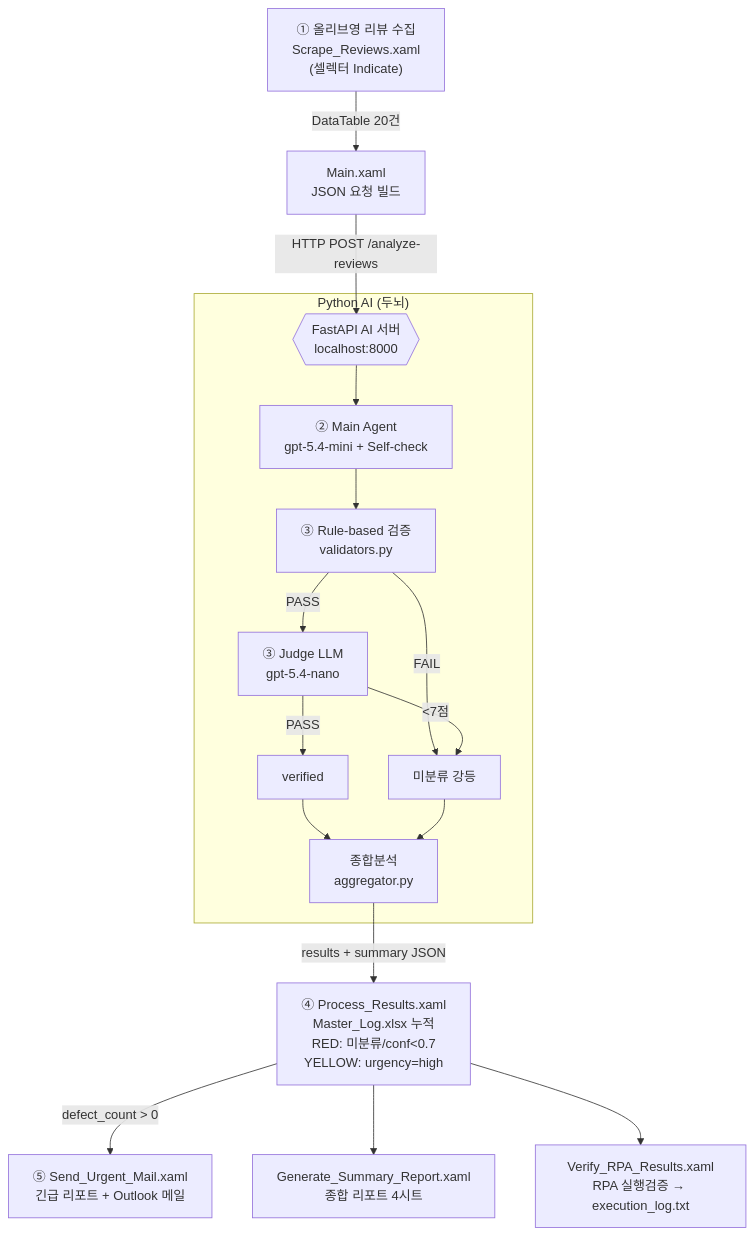
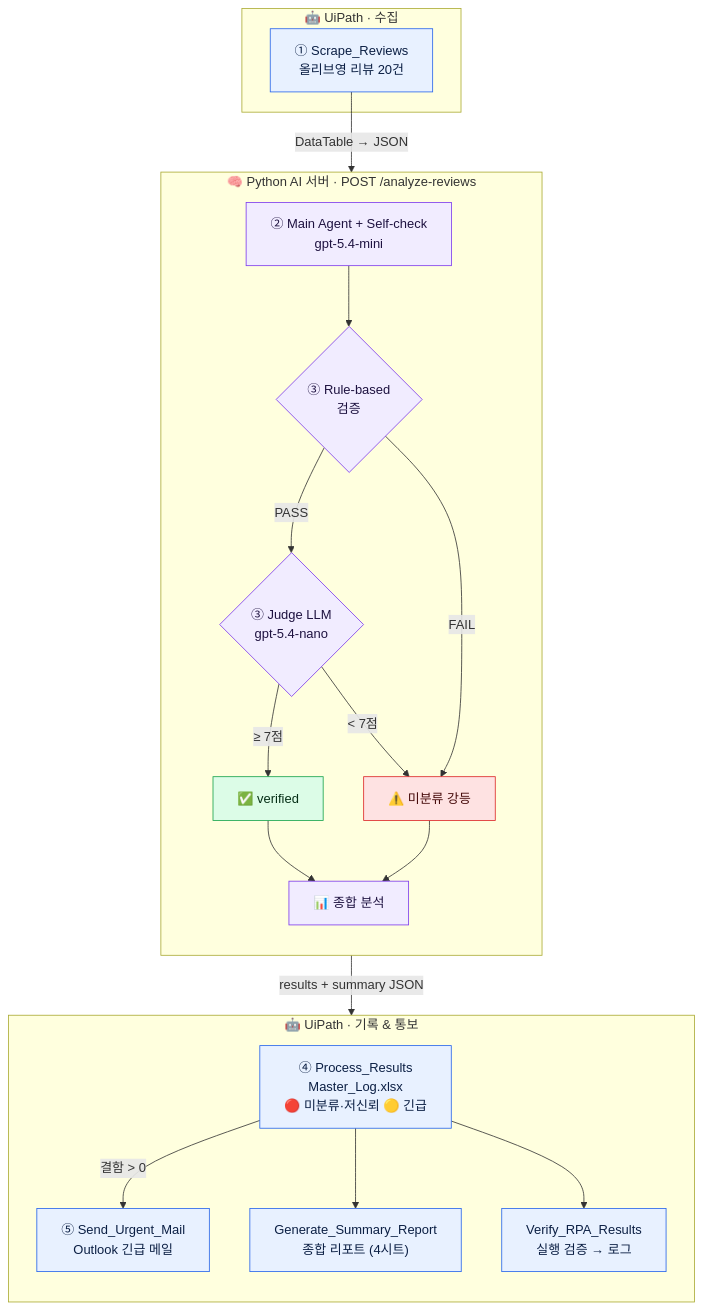
Before and after one commit to ykunjii-creator/shopping-review: the diagram in README.md, drawn with Mermaid. The commit also changed other lines of this file, not shown here.

Commit message:
README 리디자인: 헤더 블록·배지·컬러 워크플로우 다이어그램·가독성 개선

````diff
--- a/README.md
+++ b/README.md
@@ -28,19 +35,46 @@
 ```mermaid
-flowchart TD
-    A["① 올리브영 리뷰 수집<br/>Scrape_Reviews.xaml<br/>(셀렉터 Indicate)"] -->|DataTable 20건| B["Main.xaml<br/>JSON 요청 빌드"]
-    B -->|HTTP POST /analyze-reviews| C{{"FastAPI AI 서버<br/>localhost:8000"}}
-    subgraph PY["Python AI (두뇌)"]
-        C --> D["② Main Agent<br/>gpt-5.4-mini + Self-check"]
-        D --> E["③ Rule-based 검증<br/>validators.py"]
-        E -->|PASS| F["③ Judge LLM<br/>gpt-5.4-nano"]
-        E -->|FAIL| X["미분류 강등"]
-        F -->|&lt;7점| X
-        F -->|PASS| G["verified"]
-        G --> H["종합분석<br/>aggregator.py"]
-        X --> H
+flowchart TB
+    subgraph SCRAPE["🤖 UiPath · 수집"]
+        S["① Scrape_Reviews<br/>올리브영 리뷰 20건"]
     end
-    H -->|results + summary JSON| I["④ Process_Results.xaml<br/>Master_Log.xlsx 누적<br/>RED: 미분류/conf&lt;0.7<br/>YELLOW: urgency=high"]
-    I -->|defect_count &gt; 0| J["⑤ Send_Urgent_Mail.xaml<br/>긴급 리포트 + Outlook 메일"]
-    I --> K["Generate_Summary_Report.xaml<br/>종합 리포트 4시트"]
-    I --> L["Verify_RPA_Results.xaml<br/>RPA 실행검증 → execution_log.txt"]
+
+    subgraph AI["🧠 Python AI 서버 · POST /analyze-reviews"]
+        direction TB
+        AG["② Main Agent + Self-check<br/>gpt-5.4-mini"]
+        RU{"③ Rule-based<br/>검증"}
+        JU{"③ Judge LLM<br/>gpt-5.4-nano"}
+        OK["✅ verified"]
+        NG["⚠️ 미분류 강등"]
+        SUM["📊 종합 분석"]
+        AG --> RU
+        RU -->|PASS| JU
+        RU -->|FAIL| NG
+        JU -->|"≥ 7점"| OK
+        JU -->|"< 7점"| NG
+        OK --> SUM
+        NG --> SUM
+    end
+
+    subgraph REPORT["🤖 UiPath · 기록 & 통보"]
+        direction TB
+        P["④ Process_Results<br/>Master_Log.xlsx<br/>🔴 미분류·저신뢰  🟡 긴급"]
+        M["⑤ Send_Urgent_Mail<br/>Outlook 긴급 메일"]
+        RP["Generate_Summary_Report<br/>종합 리포트 (4시트)"]
+        VR["Verify_RPA_Results<br/>실행 검증 → 로그"]
+        P -->|"결함 > 0"| M
+        P --> RP
+        P --> VR
+    end
+
+    S -->|"DataTable → JSON"| AG
+    SUM -->|"results + summary JSON"| P
+
+    classDef rpa fill:#E8F1FF,stroke:#2563EB,stroke-width:1px,color:#0B1F44;
+    classDef brain fill:#F1ECFF,stroke:#7C3AED,stroke-width:1px,color:#1E1240;
+    classDef good fill:#DCFCE7,stroke:#16A34A,color:#052E16;
+    classDef bad fill:#FEE2E2,stroke:#DC2626,color:#450A0A;
+    class S,P,M,RP,VR rpa;
+    class AG,RU,JU,SUM brain;
+    class OK good;
+    class NG bad;
 ```
````
